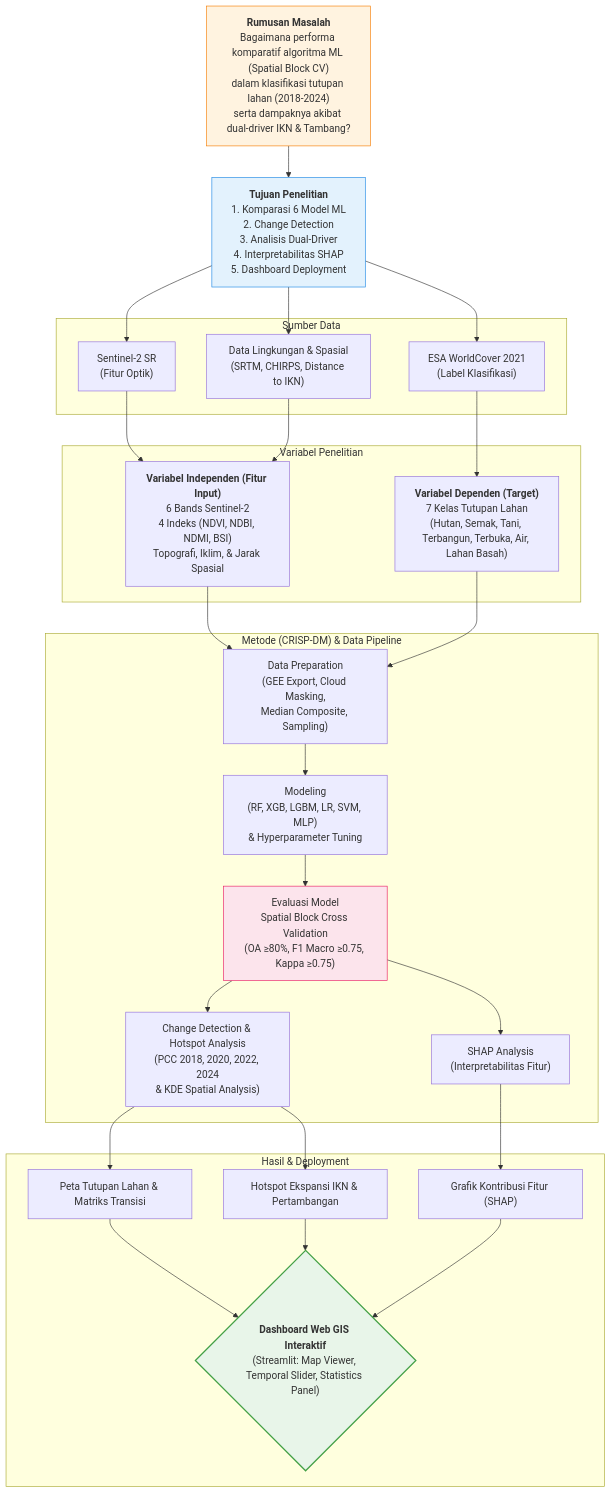
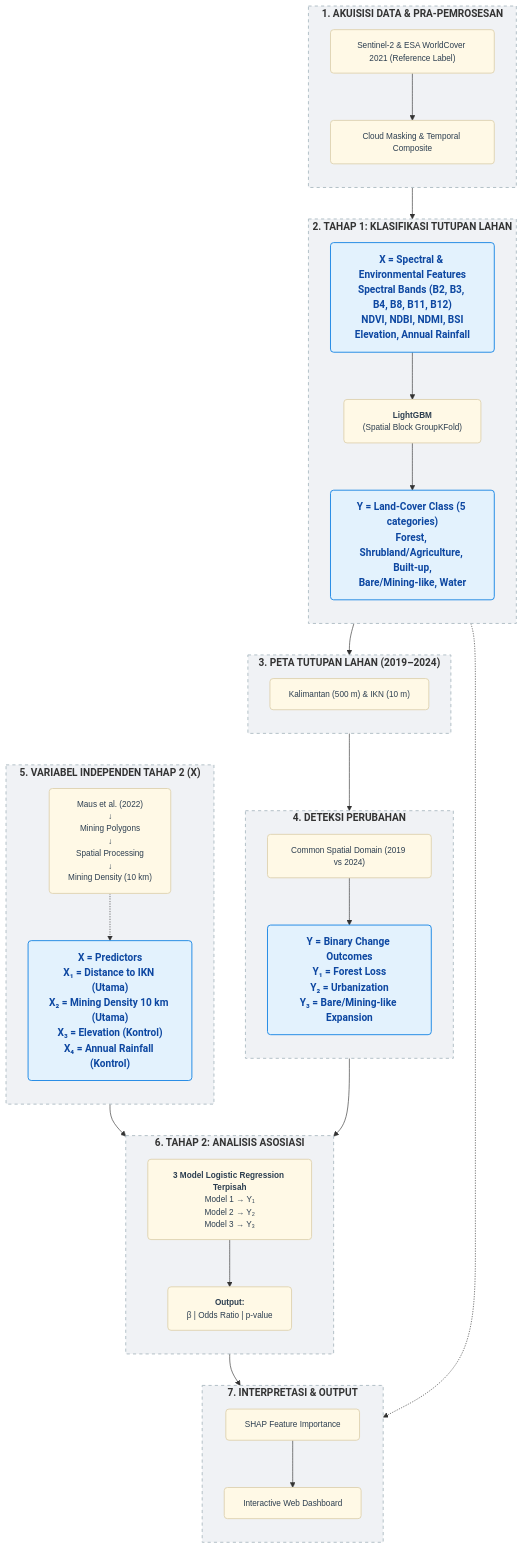
The diagram in flowchart_penelitian.md (nadia1262/datmin-3-v4), drawn with Mermaid before and after one commit. The commit also changed other lines of this file and 12 other files, not shown here.

````diff
--- a/flowchart_penelitian.md
+++ b/flowchart_penelitian.md
@@ -5,60 +11,68 @@
 ```mermaid
 graph TD
-    %% Rumusan Masalah & Tujuan
-    RM["<b>Rumusan Masalah</b><br/>Bagaimana performa komparatif algoritma ML (Spatial Block CV)<br/>dalam klasifikasi tutupan lahan (2018-2024)<br/>serta dampaknya akibat dual-driver IKN & Tambang?"]
-    T["<b>Tujuan Penelitian</b><br/>1. Komparasi 6 Model ML<br/>2. Change Detection<br/>3. Analisis Dual-Driver<br/>4. Interpretabilitas SHAP<br/>5. Dashboard Deployment"]
-    RM --> T
+    classDef panel fill:#f0f2f5,stroke:#b0bec5,stroke-width:1.5px,stroke-dasharray: 5 5,color:#333;
+    classDef process fill:#fff9e6,stroke:#e0d4b3,stroke-width:1.5px,color:#2c3e50,rx:5px,ry:5px,font-family:sans-serif,font-size:13px;
+    classDef highlight fill:#e3f2fd,stroke:#1e88e5,stroke-width:1.5px,color:#0d47a1,font-weight:bold,rx:5px,ry:5px;
+
+    subgraph S1 ["<b>1. AKUISISI DATA & PRA-PEMROSESAN</b>"]
+        direction TB
+        D1["Sentinel-2 & ESA WorldCover 2021 (Reference Label)"]:::process
+        D2["Cloud Masking & Temporal Composite"]:::process
+        D1 --> D2
+    end
+
+    subgraph S2 ["<b>2. TAHAP 1: KLASIFIKASI TUTUPAN LAHAN</b>"]
+        direction TB
+        X_ML["<b>X = Spectral & Environmental Features</b><br/>Spectral Bands (B2, B3, B4, B8, B11, B12)<br/>NDVI, NDBI, NDMI, BSI<br/>Elevation, Annual Rainfall"]:::highlight
+        ML["<b>LightGBM</b><br/>(Spatial Block GroupKFold)"]:::process
+        Y_ML["<b>Y = Land-Cover Class (5 categories)</b><br/>Forest, Shrubland/Agriculture, Built-up,<br/>Bare/Mining-like, Water"]:::highlight
+        
+        X_ML --> ML --> Y_ML
+    end
+
+    subgraph S3 ["<b>3. PETA TUTUPAN LAHAN (2019–2024)</b>"]
+        direction TB
+        Maps["Kalimantan (500 m) & IKN (10 m)"]:::process
+    end
+
+    subgraph S4 ["<b>4. DETEKSI PERUBAHAN</b>"]
+        direction TB
+        CSD["Common Spatial Domain (2019 vs 2024)"]:::process
+        Y_Logit["<b>Y = Binary Change Outcomes</b><br/>Y₁ = Forest Loss<br/>Y₂ = Urbanization<br/>Y₃ = Bare/Mining-like Expansion"]:::highlight
+        CSD --> Y_Logit
+    end
+
+    subgraph S5 ["<b>5. VARIABEL INDEPENDEN TAHAP 2 (X)</b>"]
+        direction TB
+        Maus["Maus et al. (2022)<br/>↓<br/>Mining Polygons<br/>↓<br/>Spatial Processing<br/>↓<br/>Mining Density (10 km)"]:::process
+        X_Logit["<b>X = Predictors</b><br/>X₁ = Distance to IKN (Utama)<br/>X₂ = Mining Density 10 km (Utama)<br/>X₃ = Elevation (Kontrol)<br/>X₄ = Annual Rainfall (Kontrol)"]:::highlight
+        Maus -.-> X_Logit
+    end
+
+    subgraph S6 ["<b>6. TAHAP 2: ANALISIS ASOSIASI</b>"]
+        direction TB
+        Logit["<b>3 Model Logistic Regression Terpisah</b><br/>Model 1 → Y₁<br/>Model 2 → Y₂<br/>Model 3 → Y₃"]:::process
+        Out_Logit["<b>Output:</b><br/>β | Odds Ratio | p-value"]:::process
+        Logit --> Out_Logit
+    end
+
+    subgraph S7 ["<b>7. INTERPRETASI & OUTPUT</b>"]
+        direction TB
+        SHAP["SHAP Feature Importance"]:::process
+        Dash["Interactive Web Dashboard"]:::process
+    end
+
+    %% --- CONNECTIONS ---
+    D2 --> X_ML
+    Y_ML --> Maps
+    Maps --> CSD
     
-    %% Sumber Data
-    subgraph "Sumber Data"
-        S2["Sentinel-2 SR<br/>(Fitur Optik)"]
-        ESA["ESA WorldCover 2021<br/>(Label Klasifikasi)"]
-        Env["Data Lingkungan & Spasial<br/>(SRTM, CHIRPS, Distance to IKN)"]
-    end
-    T --> S2
-    T --> ESA
-    T --> Env
+    Y_Logit --> Logit
+    X_Logit --> Logit
+    
+    ML -.-> SHAP
+    Out_Logit --> Dash
+    SHAP --> Dash
 
-    %% Variabel
-    subgraph "Variabel Penelitian"
-        V_Inp["<b>Variabel Independen (Fitur Input)</b><br/>6 Bands Sentinel-2<br/>4 Indeks (NDVI, NDBI, NDMI, BSI)<br/>Topografi, Iklim, & Jarak Spasial"]
-        V_Out["<b>Variabel Dependen (Target)</b><br/>7 Kelas Tutupan Lahan<br/>(Hutan, Semak, Tani, Terbangun, Terbuka, Air, Lahan Basah)"]
-    end
-    S2 --> V_Inp
-    Env --> V_Inp
-    ESA --> V_Out
-
-    %% Metode (CRISP-DM Pipeline)
-    subgraph "Metode (CRISP-DM) & Data Pipeline"
-        P1["Data Preparation<br/>(GEE Export, Cloud Masking,<br/>Median Composite, Sampling)"]
-        P2["Modeling<br/>(RF, XGB, LGBM, LR, SVM, MLP)<br/>& Hyperparameter Tuning"]
-        P3["Evaluasi Model<br/>Spatial Block Cross Validation<br/>(OA ≥80%, F1 Macro ≥0.75, Kappa ≥0.75)"]
-        P4["Change Detection & Hotspot Analysis<br/>(PCC 2018, 2020, 2022, 2024<br/>& KDE Spatial Analysis)"]
-        P5["SHAP Analysis<br/>(Interpretabilitas Fitur)"]
-        
-        P1 --> P2 --> P3
-        P3 --> P4
-        P3 --> P5
-    end
-    V_Inp --> P1
-    V_Out --> P1
-
-    %% Hasil / Output
-    subgraph "Hasil & Deployment"
-        H1["Peta Tutupan Lahan & Matriks Transisi"]
-        H2["Hotspot Ekspansi IKN & Pertambangan"]
-        H3["Grafik Kontribusi Fitur (SHAP)"]
-        DB{"<b>Dashboard Web GIS Interaktif</b><br/>(Streamlit: Map Viewer, Temporal Slider, Statistics Panel)"}
-    end
-    P4 --> H1
-    P4 --> H2
-    P5 --> H3
-    H1 --> DB
-    H2 --> DB
-    H3 --> DB
-    
-    style RM fill:#fff3e0,stroke:#f57c00
-    style T fill:#e3f2fd,stroke:#1e88e5
-    style P3 fill:#fce4ec,stroke:#e91e63
-    style DB fill:#e8f5e9,stroke:#43a047,stroke-width:2px
+    class S1,S2,S3,S4,S5,S6,S7 panel;
 ```
````
